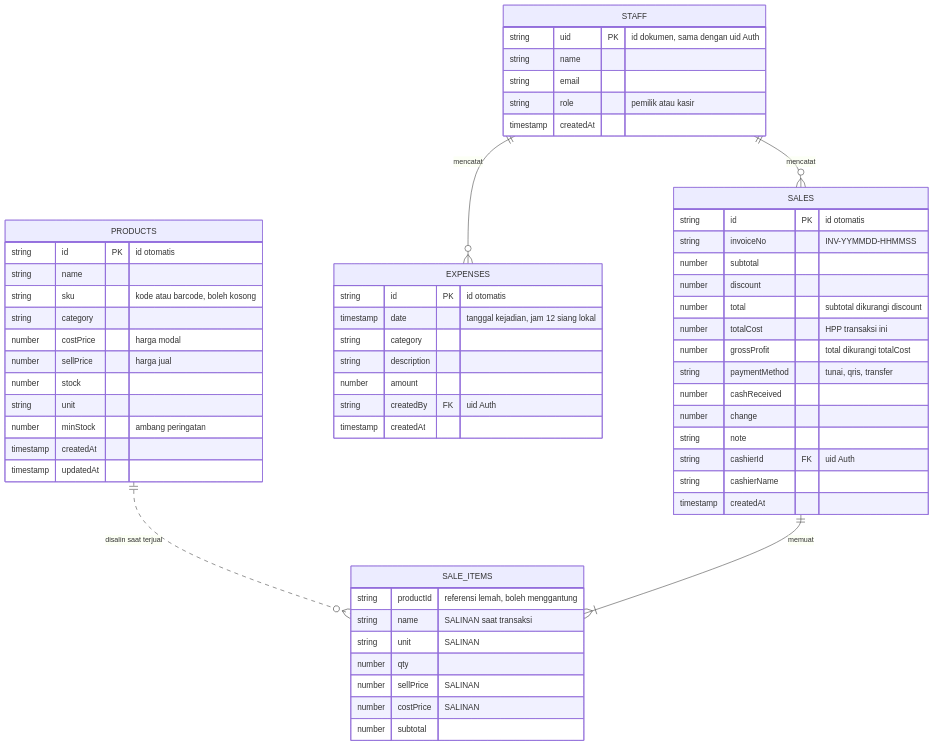
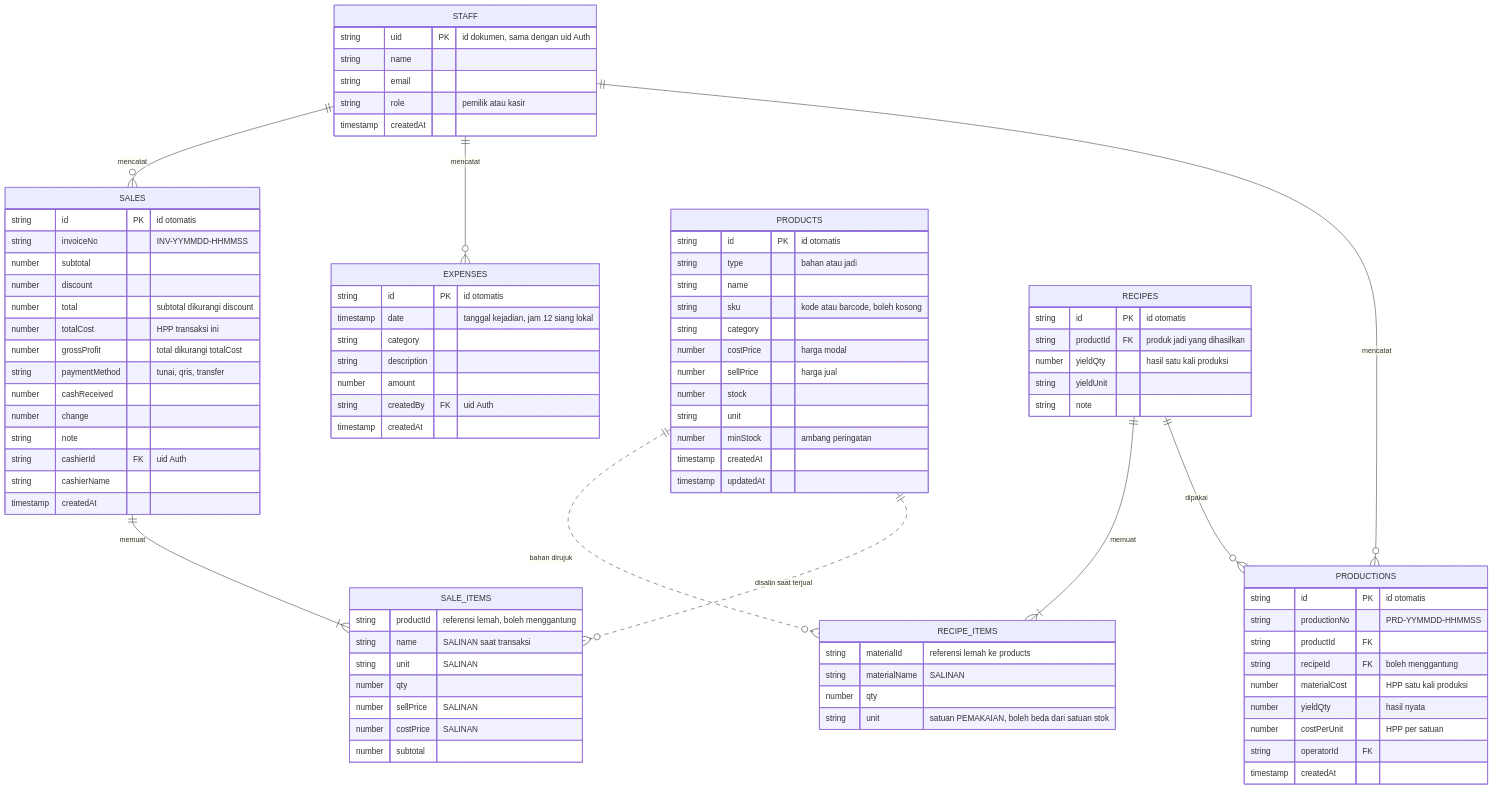
One commit to nadhimc/simple-pos-kkn-agung changed the first of 3 diagrams in docs/model-data.md. Above: the diagram before and after it, drawn with Mermaid. The commit also changed other lines of this file and 6 other files, not shown here.

First line of the commit message:
docs: document the production and HPP model

```diff
--- a/docs/model-data.md
+++ b/docs/model-data.md
@@ -11,6 +14,10 @@
 erDiagram
   STAFF ||--o{ SALES : "mencatat"
   STAFF ||--o{ EXPENSES : "mencatat"
+  STAFF ||--o{ PRODUCTIONS : "mencatat"
+  PRODUCTS ||..o{ RECIPE_ITEMS : "bahan dirujuk"
+  RECIPES ||--|{ RECIPE_ITEMS : "memuat"
+  RECIPES ||--o{ PRODUCTIONS : "dipakai"
   PRODUCTS ||..o{ SALE_ITEMS : "disalin saat terjual"
   SALES ||--|{ SALE_ITEMS : "memuat"
 
@@ -24,6 +31,7 @@
 
   PRODUCTS {
     string id PK "id otomatis"
+    string type "bahan atau jadi"
     string name
     string sku "kode atau barcode, boleh kosong"
     string category
@@ -63,6 +71,33 @@
     number subtotal
   }
 
+  RECIPES {
+    string id PK "id otomatis"
+    string productId FK "produk jadi yang dihasilkan"
+    number yieldQty "hasil satu kali produksi"
+    string yieldUnit
+    string note
+  }
+
+  RECIPE_ITEMS {
+    string materialId "referensi lemah ke products"
+    string materialName "SALINAN"
+    number qty
+    string unit "satuan PEMAKAIAN, boleh beda dari satuan stok"
+  }
+
+  PRODUCTIONS {
+    string id PK "id otomatis"
+    string productionNo "PRD-YYMMDD-HHMMSS"
+    string productId FK
+    string recipeId FK "boleh menggantung"
+    number materialCost "HPP satu kali produksi"
+    number yieldQty "hasil nyata"
+    number costPerUnit "HPP per satuan"
+    string operatorId FK
+    timestamp createdAt
+  }
+
   EXPENSES {
     string id PK "id otomatis"
     timestamp date "tanggal kejadian, jam 12 siang lokal"
```
